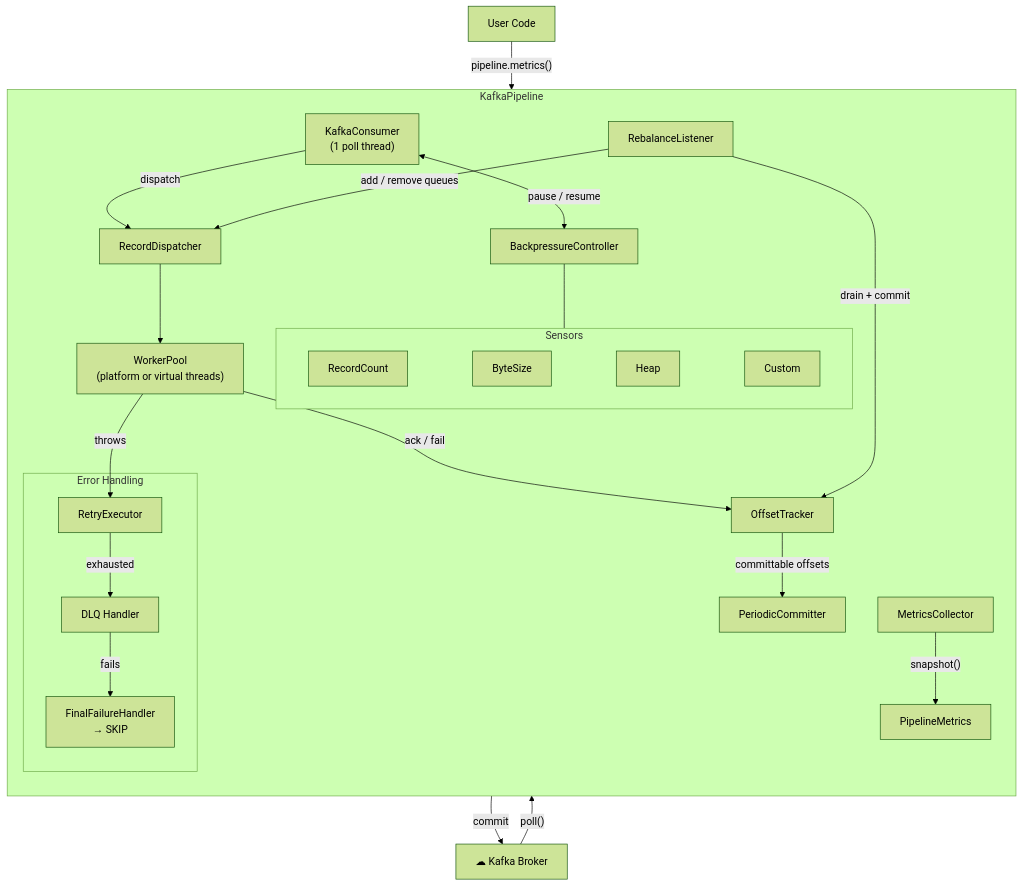
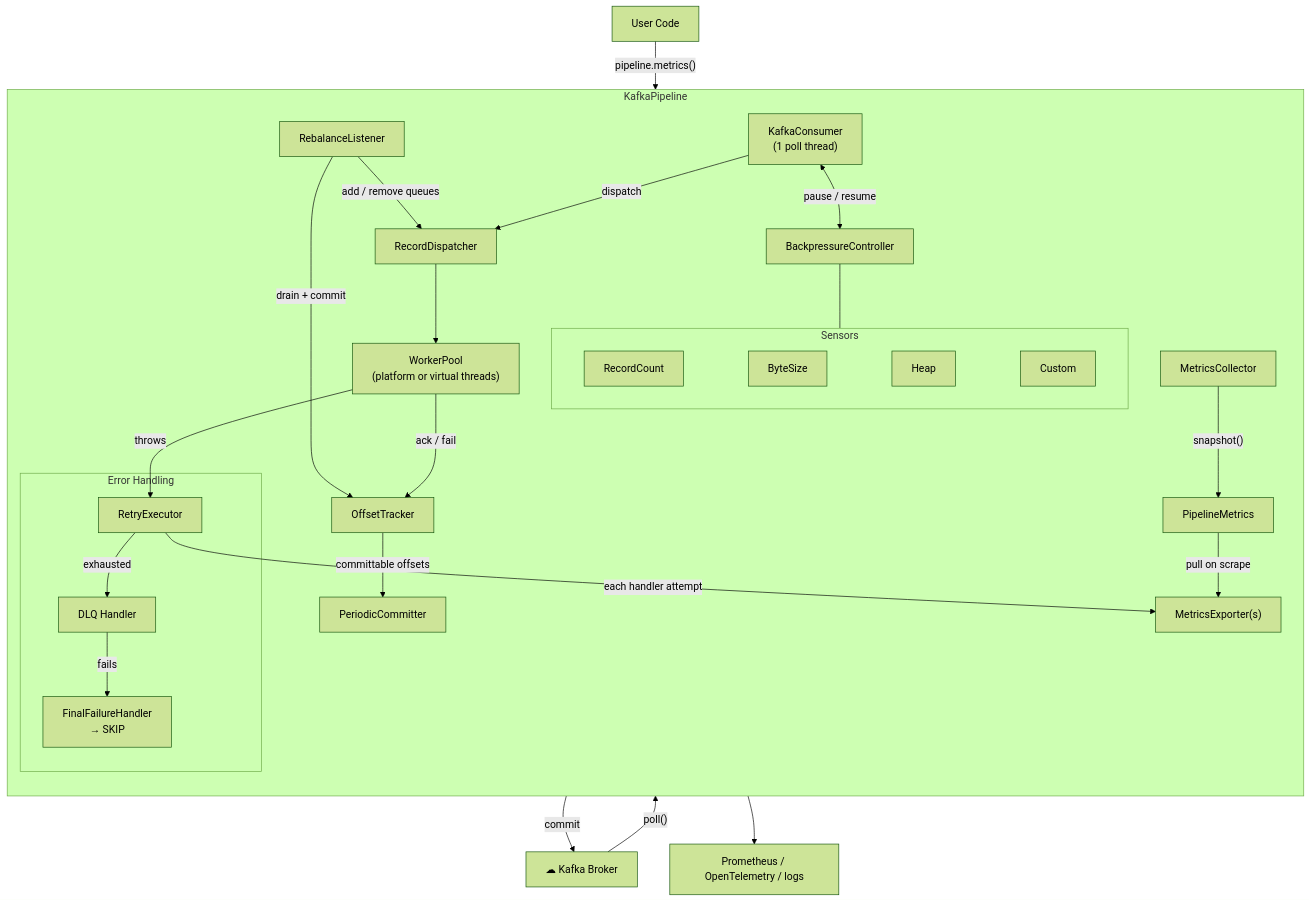
Before and after one commit to openlogiclab/kafka-pipeline: the diagram in README.md, drawn with Mermaid (forest theme). The commit also changed other lines of this file and 42 other files, not shown here.

First line of the commit message:
Rework pipeline metrics and add the MetricsExporter SPI (#64)

````diff
--- a/README.md
+++ b/README.md
@@ -89,38 +91,41 @@
 ```mermaid
 flowchart TB
   Broker["☁ Kafka Broker"]
 
   Broker -->|"poll()"| KafkaConsumer
   PeriodicCommitter -->|"commit"| Broker
 
   subgraph Pipeline["KafkaPipeline"]
     direction TB
 
     KafkaConsumer["KafkaConsumer\n(1 poll thread)"]
     KafkaConsumer <-->|"pause / resume"| BackpressureController
     BackpressureController --- Sensors
     subgraph Sensors["Sensors"]
       direction LR
       RecordCount["RecordCount"] ~~~ ByteSize["ByteSize"] ~~~ Heap["Heap"] ~~~ Custom["Custom"]
     end
 
     KafkaConsumer -->|"dispatch"| RecordDispatcher
     RecordDispatcher --> WorkerPool["WorkerPool\n(platform or virtual threads)"]
 
     WorkerPool -->|"ack / fail"| OffsetTracker
     OffsetTracker -->|"committable offsets"| PeriodicCommitter
 
     WorkerPool -->|"throws"| RetryExecutor
     subgraph ErrorHandling["Error Handling"]
       RetryExecutor -->|"exhausted"| DlqHandler["DLQ Handler"]
       DlqHandler -->|"fails"| FinalHandler["FinalFailureHandler\n→ SKIP"]
     end
 
     RebalanceListener -->|"drain + commit"| OffsetTracker
     RebalanceListener -->|"add / remove queues"| RecordDispatcher
 
     MetricsCollector -->|"snapshot()"| PipelineMetrics
+    RetryExecutor -->|"each handler attempt"| Exporters["MetricsExporter(s)"]
+    PipelineMetrics -->|"pull on scrape"| Exporters
   end
 
   UserCode["User Code"] -->|"pipeline.metrics()"| PipelineMetrics
+  Exporters --> Monitoring["Prometheus / OpenTelemetry / logs"]
 ```
````
